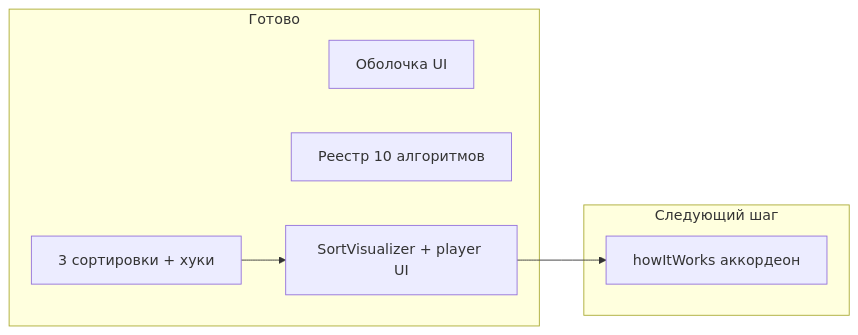
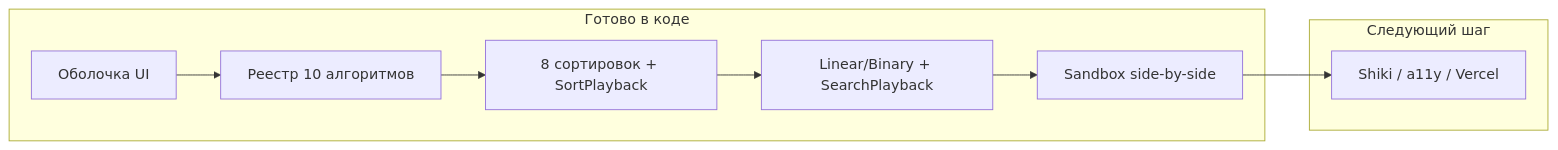
Before and after one commit to MariJunior/interactive-algorithms: the diagram in algovisual_status_summary_c8adb029.plan.md, drawn with Mermaid. The commit also changed other lines of this file and 6 other files, not shown here.

Commit message:
✨ feat(sandbox): add side-by-side algorithm comparison

````diff
--- a/algovisual_status_summary_c8adb029.plan.md
+++ b/algovisual_status_summary_c8adb029.plan.md
@@ -41,14 +46,14 @@
 ```mermaid
 flowchart LR
-  subgraph done [Готово]
+  subgraph done [Готово в коде]
     Shell["Оболочка UI"]
     Meta["Реестр 10 алгоритмов"]
-    Core["3 сортировки + хуки"]
-    Viz["SortVisualizer + player UI"]
+    Sorts["8 сортировок + SortPlayback"]
+    Search["Linear/Binary + SearchPlayback"]
+    Sandbox["Sandbox side-by-side"]
   end
   subgraph next [Следующий шаг]
-    How["howItWorks аккордеон"]
+    Polish["Shiki / a11y / Vercel"]
   end
-  Core --> Viz
-  Viz --> How
+  Shell --> Meta --> Sorts --> Search --> Sandbox --> Polish
 ```
````
